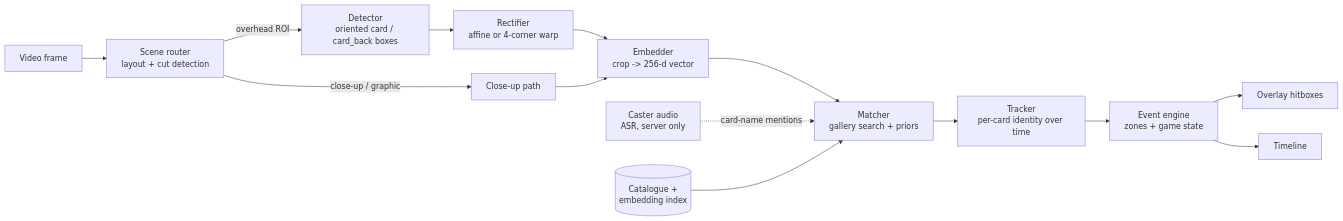
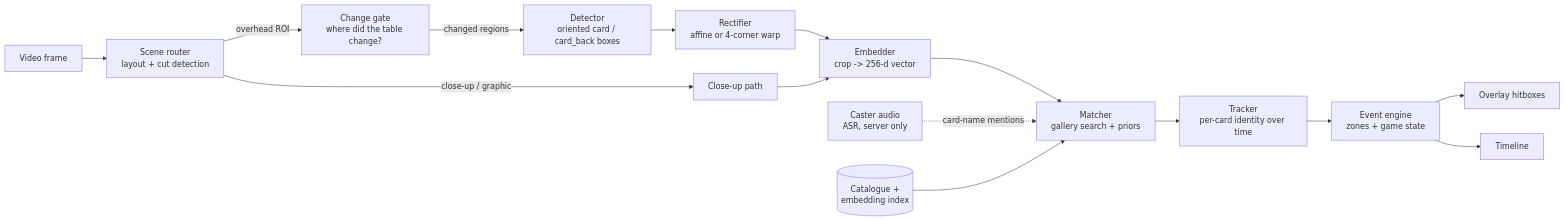
Before and after one commit to effe-exe/Wardeye: the first of 2 diagrams in docs/ARCHITECTURE.md, drawn with Mermaid. The commit also changed other lines of this file and 5 other files, not shown here.

````diff
--- a/docs/ARCHITECTURE.md
+++ b/docs/ARCHITECTURE.md
@@ -22,16 +22,17 @@
 ```mermaid
 flowchart LR
   F[Video frame] --> R[Scene router<br/>layout + cut detection]
-  R -->|overhead ROI| D[Detector<br/>oriented card / card_back boxes]
+  R -->|overhead ROI| G[Change gate<br/>where did the table change?]
+  G -->|changed regions| D[Detector<br/>oriented card / card_back boxes]
   R -->|close-up / graphic| C[Close-up path]
   D --> Q[Rectifier<br/>affine or 4-corner warp]
   Q --> E[Embedder<br/>crop -> 256-d vector]
   C --> E
   E --> M[Matcher<br/>gallery search + priors]
   M --> T[Tracker<br/>per-card identity over time]
   T --> V[Event engine<br/>zones + game state]
   V --> O1[Overlay hitboxes]
   V --> O2[Timeline]
   A[Caster audio<br/>ASR, server only] -.->|card-name mentions| M
   K[(Catalogue +<br/>embedding index)] --> M
 ```
````
